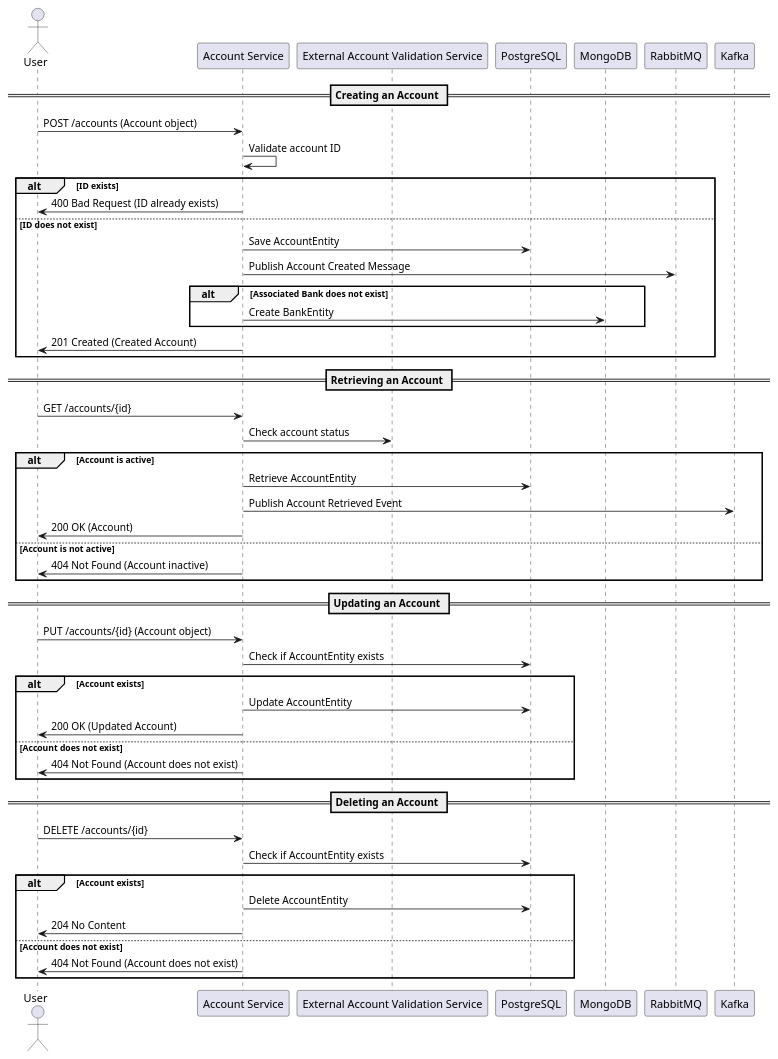
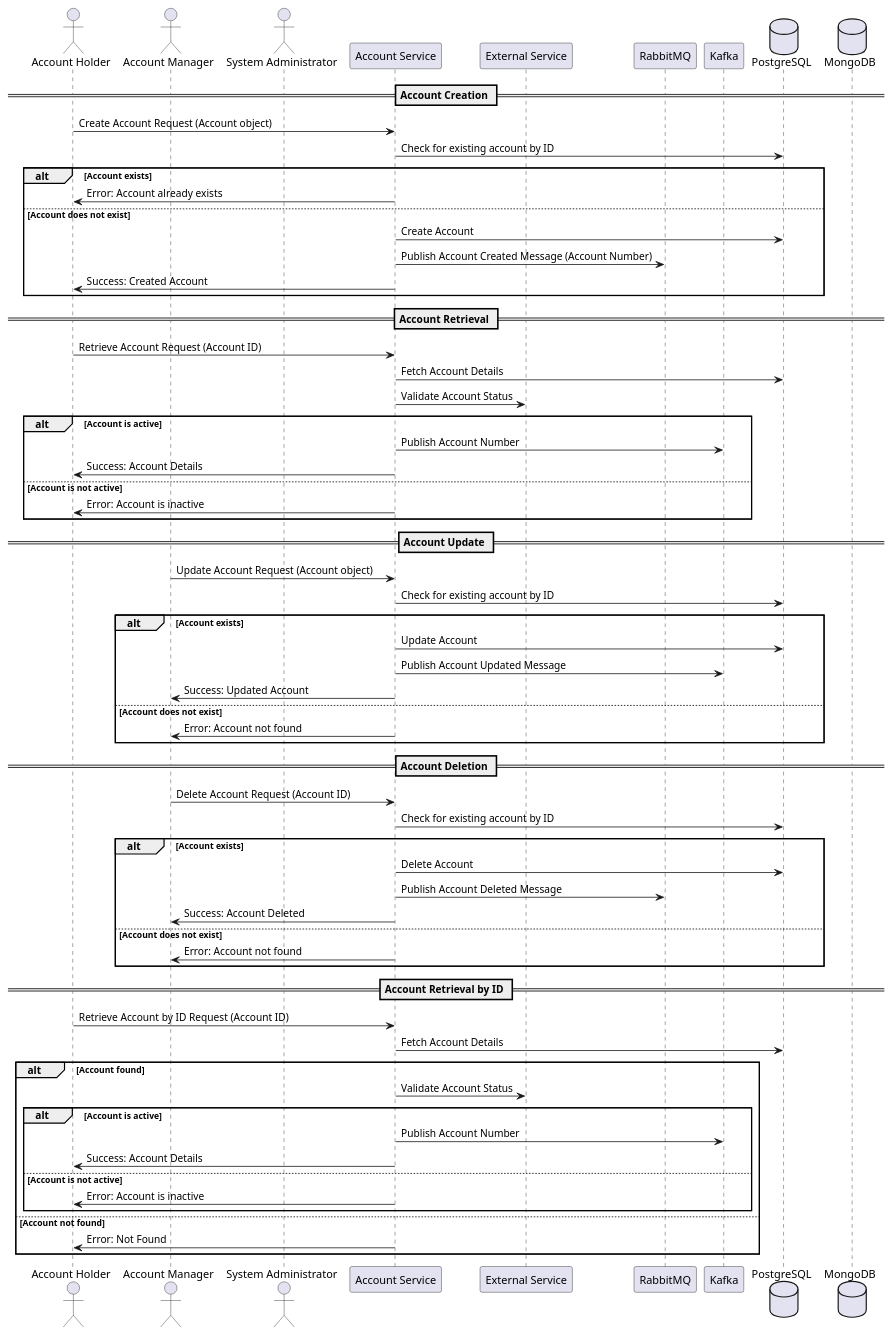
One commit to Bhaskar-Pavan/AccountService changed the diagram in design_document/AccountService.md. Above: the diagram before and after it, drawn with PlantUML. The commit also changed other lines of this file, not shown here.

````diff
--- a/design_document/AccountService.md
+++ b/design_document/AccountService.md
@@ -46,57 +40,73 @@
 ```plantuml
 @startuml
-actor User
-participant "Account Service" as AccountService
-participant "External Account Validation Service" as ValidationService
-participant "PostgreSQL" as PostgreSQL
-participant "MongoDB" as MongoDB
-participant "RabbitMQ" as RabbitMQ
-participant "Kafka" as Kafka
+actor "Account Holder" as AH
+actor "Account Manager" as AM
+actor "System Administrator" as SA
+participant "Account Service" as AS
+participant "External Service" as ES
+participant "RabbitMQ" as RMQ
+participant "Kafka" as KAFKA
+database "PostgreSQL" as PG
+database "MongoDB" as MDB
 
-== Creating an Account ==
-User -> AccountService: POST /accounts (Account object)
-AccountService -> AccountService: Validate account ID
-alt ID exists
-    AccountService -> User: 400 Bad Request (ID already exists)
-else ID does not exist
-    AccountService -> PostgreSQL: Save AccountEntity
-    AccountService -> RabbitMQ: Publish Account Created Message
-    alt Associated Bank does not exist
-        AccountService -> MongoDB: Create BankEntity
-    end
-    AccountService -> User: 201 Created (Created Account)
+== Account Creation ==
+AH -> AS: Create Account Request (Account object)
+AS -> PG: Check for existing account by ID
+alt Account exists
+    AS -> AH: Error: Account already exists
+else Account does not exist
+    AS -> PG: Create Account
+    AS -> RMQ: Publish Account Created Message (Account Number)
+    AS -> AH: Success: Created Account
 end
 
-== Retrieving an Account ==
-User -> AccountService: GET /accounts/{id}
-AccountService -> ValidationService: Check account status
+== Account Retrieval ==
+AH -> AS: Retrieve Account Request (Account ID)
+AS -> PG: Fetch Account Details
+AS -> ES: Validate Account Status
 alt Account is active
-    AccountService -> PostgreSQL: Retrieve AccountEntity
-    AccountService -> Kafka: Publish Account Retrieved Event
-    AccountService -> User: 200 OK (Account)
+    AS -> KAFKA: Publish Account Number
+    AS -> AH: Success: Account Details
 else Account is not active
-    AccountService -> User: 404 Not Found (Account inactive)
+    AS -> AH: Error: Account is inactive
 end
 
-== Updating an Account ==
-User -> AccountService: PUT /accounts/{id} (Account object)
-AccountService -> PostgreSQL: Check if AccountEntity exists
+== Account Update ==
+AM -> AS: Update Account Request (Account object)
+AS -> PG: Check for existing account by ID
 alt Account exists
-    AccountService -> PostgreSQL: Update AccountEntity
-    AccountService -> User: 200 OK (Updated Account)
+    AS -> PG: Update Account
+    AS -> KAFKA: Publish Account Updated Message
+    AS -> AM: Success: Updated Account
 else Account does not exist
-    AccountService -> User: 404 Not Found (Account does not exist)
+    AS -> AM: Error: Account not found
 end
 
-== Deleting an Account ==
-User -> AccountService: DELETE /accounts/{id}
-AccountService -> PostgreSQL: Check if AccountEntity exists
+== Account Deletion ==
+AM -> AS: Delete Account Request (Account ID)
+AS -> PG: Check for existing account by ID
 alt Account exists
-    AccountService -> PostgreSQL: Delete AccountEntity
-    AccountService -> User: 204 No Content
+    AS -> PG: Delete Account
+    AS -> RMQ: Publish Account Deleted Message
+    AS -> AM: Success: Account Deleted
 else Account does not exist
-    AccountService -> User: 404 Not Found (Account does not exist)
+    AS -> AM: Error: Account not found
+end
+
+== Account Retrieval by ID ==
+AH -> AS: Retrieve Account by ID Request (Account ID)
+AS -> PG: Fetch Account Details
+alt Account found
+    AS -> ES: Validate Account Status
+    alt Account is active
+        AS -> KAFKA: Publish Account Number
+        AS -> AH: Success: Account Details
+    else Account is not active
+        AS -> AH: Error: Account is inactive
+    end
+else Account not found
+    AS -> AH: Error: Not Found
 end
 
 @enduml
 ```
````
